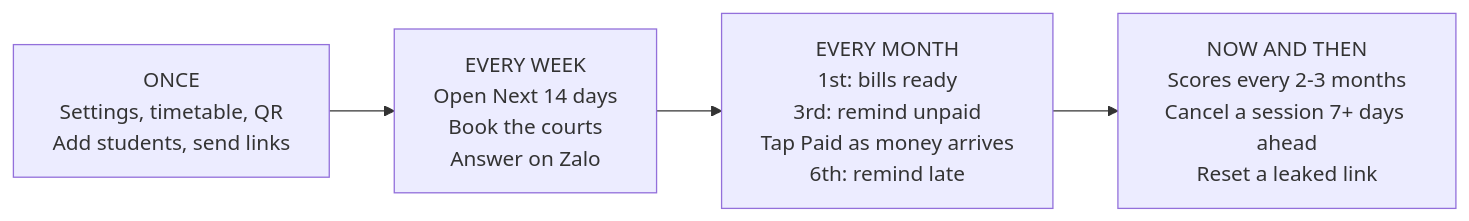
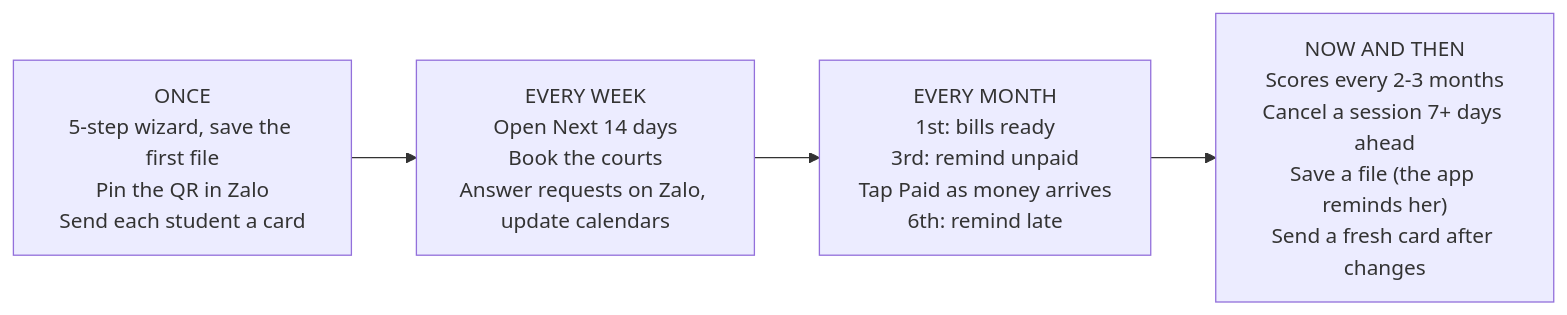
The third of 5 diagrams in PLAN.md (birdiecrew/birdiecrew.github.io), drawn with Mermaid before and after one commit. The commit also changed other lines of this file and 18 other files, not shown here.

First line of the commit message:
Move to a no-server file model: wizard, save file, card links

````diff
--- a/PLAN.md
+++ b/PLAN.md
@@ -36,6 +43,6 @@
 ```mermaid
 flowchart LR
-  O["ONCE<br/>Settings, timetable, QR<br/>Add students, send links"] --> W["EVERY WEEK<br/>Open Next 14 days<br/>Book the courts<br/>Answer on Zalo"]
+  O["ONCE<br/>5-step wizard, save the first file<br/>Pin the QR in Zalo<br/>Send each student a card"] --> W["EVERY WEEK<br/>Open Next 14 days<br/>Book the courts<br/>Answer requests on Zalo, update calendars"]
   W --> M["EVERY MONTH<br/>1st: bills ready<br/>3rd: remind unpaid<br/>Tap Paid as money arrives<br/>6th: remind late"]
-  M --> N["NOW AND THEN<br/>Scores every 2-3 months<br/>Cancel a session 7+ days ahead<br/>Reset a leaked link"]
+  M --> N["NOW AND THEN<br/>Scores every 2-3 months<br/>Cancel a session 7+ days ahead<br/>Save a file (the app reminds her)<br/>Send a fresh card after changes"]
 ```
````
